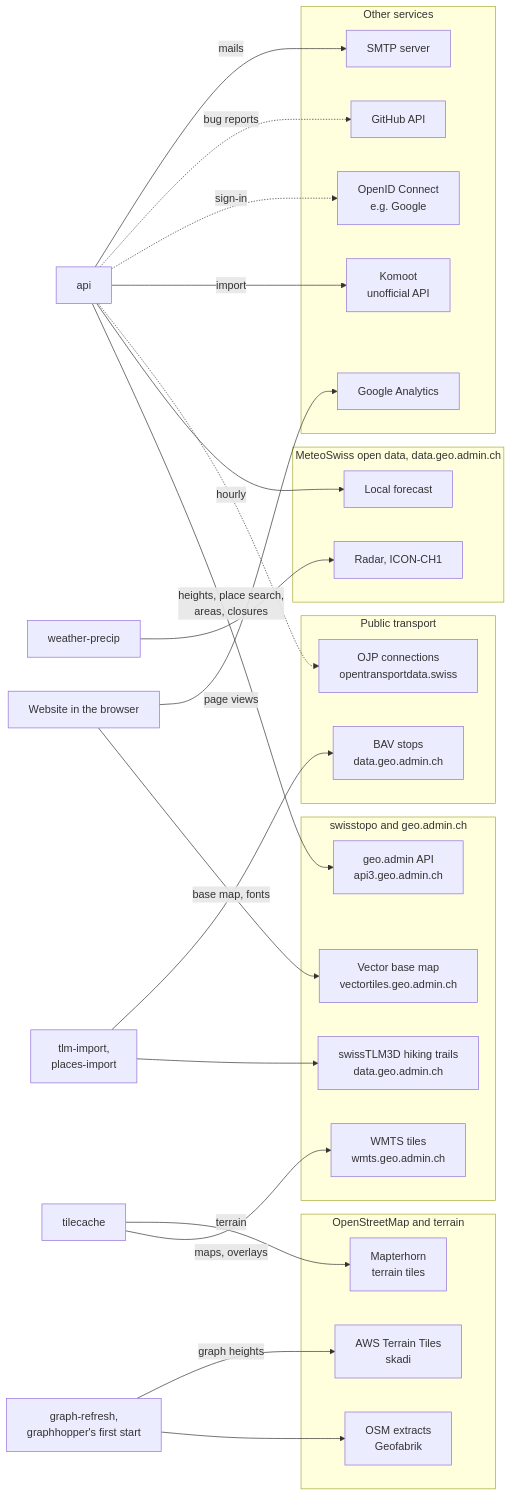
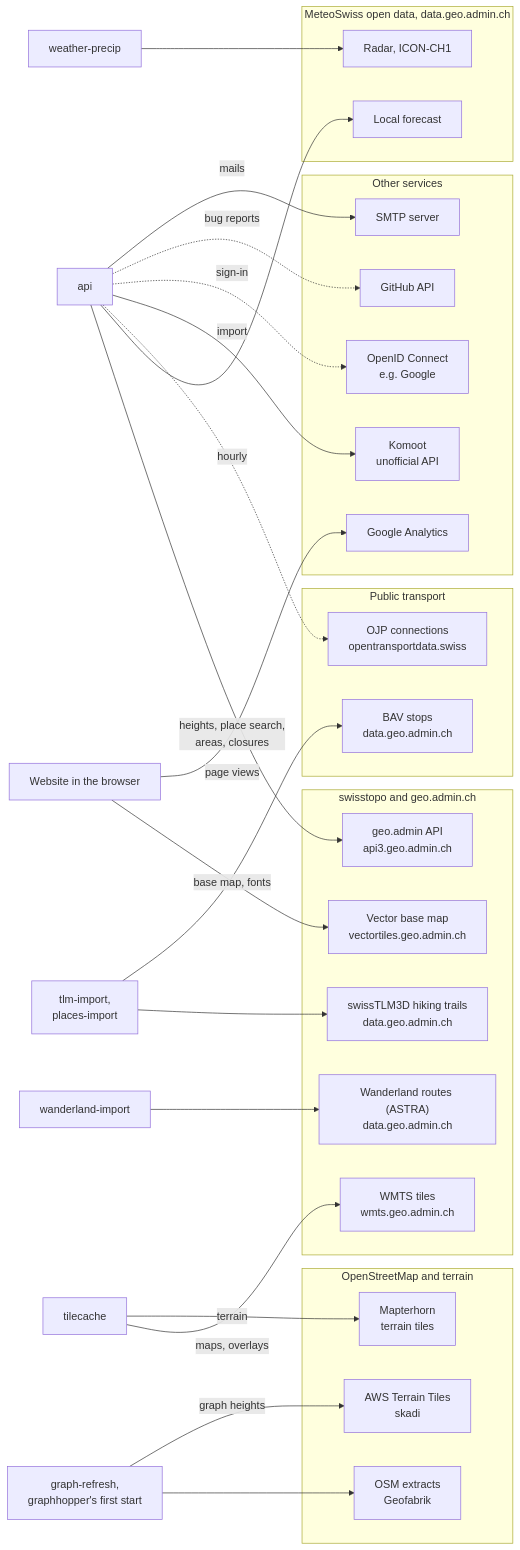
The second of 3 diagrams in docs/architecture.md (tellbow/alvyo), drawn with Mermaid before and after one commit. The commit also changed other lines of this file and 58 other files, not shown here.

First line of the commit message:
The official routes of Wanderland Schweiz, and copies of any route

````diff
--- a/docs/architecture.md
+++ b/docs/architecture.md
@@ -103,57 +108,60 @@
 ```mermaid
 flowchart LR
   browser["Website in the browser"]
   api["api"]
   tiles["tilecache"]
   refresh["graph-refresh,<br/>graphhopper's first start"]
   imports["tlm-import,<br/>places-import"]
+  wanderland["wanderland-import"]
   precip["weather-precip"]
 
   subgraph swisstopo["swisstopo and geo.admin.ch"]
     vt["Vector base map<br/>vectortiles.geo.admin.ch"]
     wmts["WMTS tiles<br/>wmts.geo.admin.ch"]
     api3["geo.admin API<br/>api3.geo.admin.ch"]
     tlm["swissTLM3D hiking trails<br/>data.geo.admin.ch"]
+    wl["Wanderland routes (ASTRA)<br/>data.geo.admin.ch"]
   end
 
   subgraph meteo["MeteoSwiss open data, data.geo.admin.ch"]
     forecast["Local forecast"]
     radar["Radar, ICON-CH1"]
   end
 
   subgraph transport["Public transport"]
     ojp["OJP connections<br/>opentransportdata.swiss"]
     bav["BAV stops<br/>data.geo.admin.ch"]
   end
 
   subgraph terrain["OpenStreetMap and terrain"]
     geofabrik["OSM extracts<br/>Geofabrik"]
     skadi["AWS Terrain Tiles<br/>skadi"]
     mapterhorn["Mapterhorn<br/>terrain tiles"]
   end
 
   subgraph services["Other services"]
     komoot["Komoot<br/>unofficial API"]
     oidc["OpenID Connect<br/>e.g. Google"]
     github["GitHub API"]
     smtp["SMTP server"]
     ga["Google Analytics"]
   end
 
   browser -- "base map, fonts" --> vt
   browser -- "page views" --> ga
   tiles -- "maps, overlays" --> wmts
   tiles -- "terrain" --> mapterhorn
   api -- "heights, place search,<br/>areas, closures" --> api3
   api -- "hourly" --> forecast
   api -.-> ojp
   api -- "import" --> komoot
   api -. "sign-in" .-> oidc
   api -. "bug reports" .-> github
   api -- "mails" --> smtp
   refresh --> geofabrik
   refresh -- "graph heights" --> skadi
   imports --> tlm
   imports --> bav
+  wanderland --> wl
   precip --> radar
 ```
````
